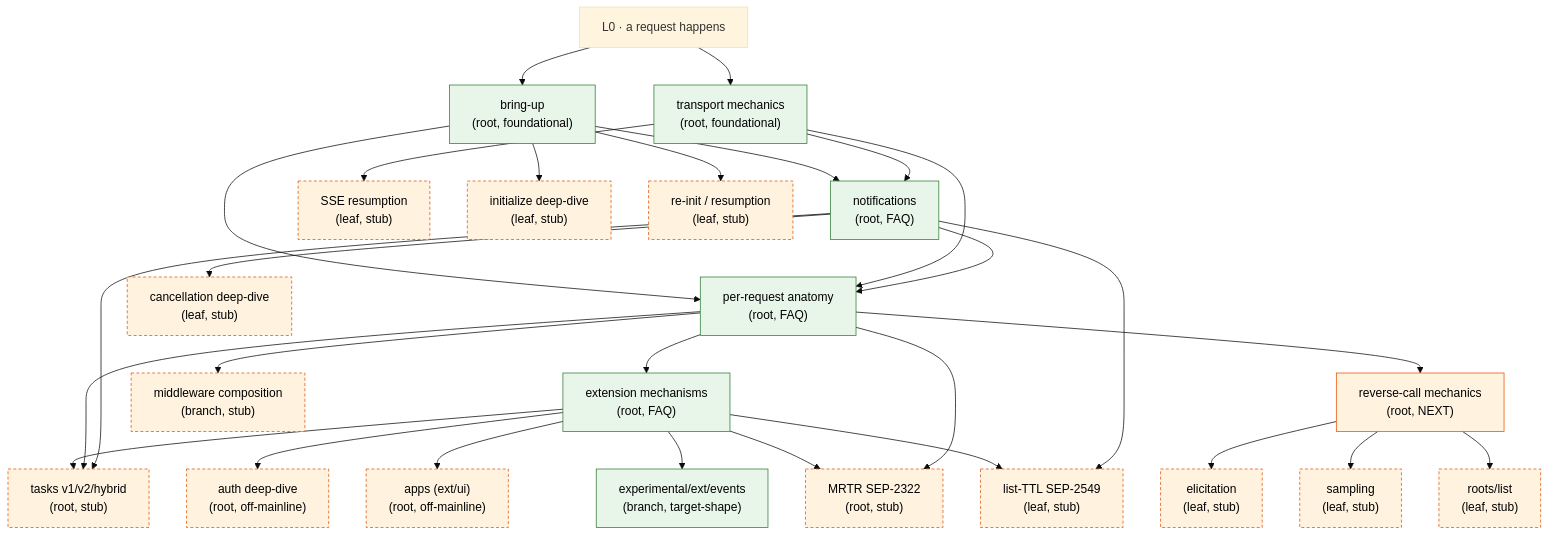
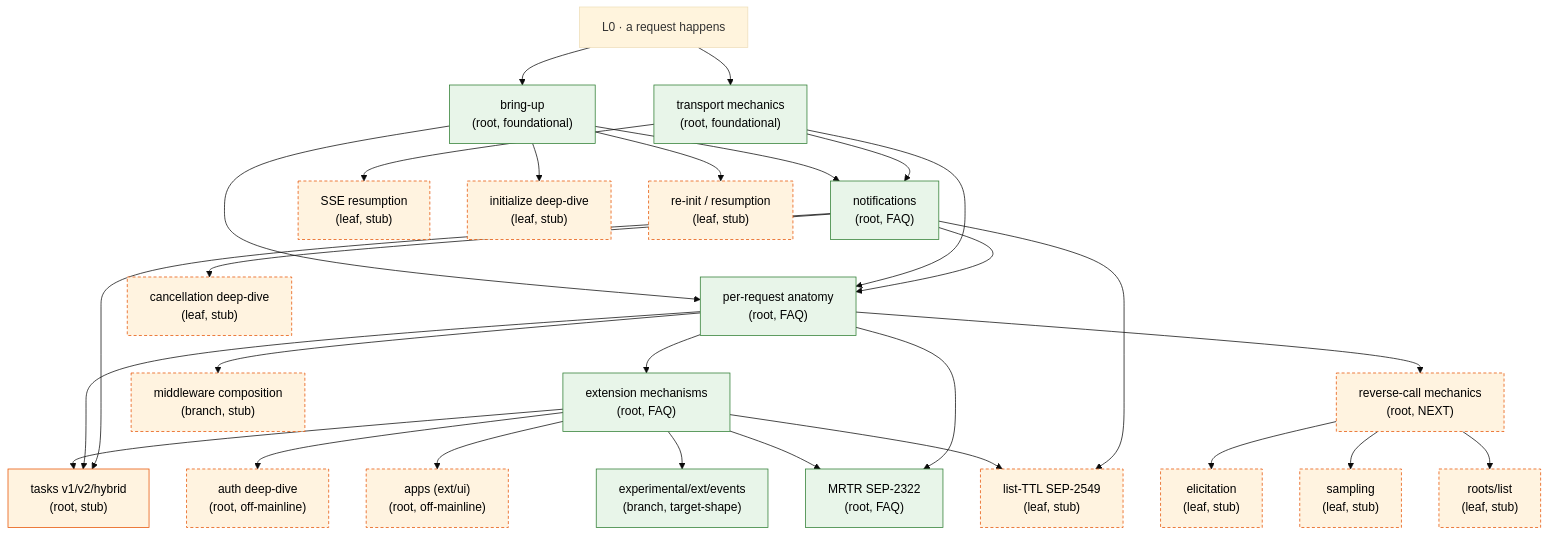
One commit to panyam/mcpkit changed the diagram in tutorials/walkthrough/INDEX.md. Above: the diagram before and after it, drawn with Mermaid (base theme). The commit also changed other lines of this file and 6 other files, not shown here.

First line of the commit message:
docs(tutorial): write mrtr.md (SEP-2322 Multi Round-Trip Requests) end-to-end

````diff
--- a/tutorials/walkthrough/INDEX.md
+++ b/tutorials/walkthrough/INDEX.md
@@ -63,73 +63,74 @@
 ```mermaid
 graph TD
     L0[L0 · a request happens]
 
     bringup["bring-up<br/>(root, foundational)"]
     wire["transport mechanics<br/>(root, foundational)"]
     notif["notifications<br/>(root, FAQ)"]
     anat["per-request anatomy<br/>(root, FAQ)"]
     ext["extension mechanisms<br/>(root, FAQ)"]
 
     rev["reverse-call mechanics<br/>(root, NEXT)"]
     tasks["tasks v1/v2/hybrid<br/>(root, stub)"]
     auth["auth deep-dive<br/>(root, off-mainline)"]
     apps["apps (ext/ui)<br/>(root, off-mainline)"]
 
     resume["SSE resumption<br/>(leaf, stub)"]
     mw["middleware composition<br/>(branch, stub)"]
-    mrtr["MRTR SEP-2322<br/>(root, stub)"]
+    mrtr["MRTR SEP-2322<br/>(root, FAQ)"]
     init["initialize deep-dive<br/>(leaf, stub)"]
     reinit["re-init / resumption<br/>(leaf, stub)"]
     events["experimental/ext/events<br/>(branch, target-shape)"]
     elicit["elicitation<br/>(leaf, stub)"]
     sample["sampling<br/>(leaf, stub)"]
     rootsLeaf["roots/list<br/>(leaf, stub)"]
     canceldeep["cancellation deep-dive<br/>(leaf, stub)"]
     listttl["list-TTL SEP-2549<br/>(leaf, stub)"]
 
     L0 --> bringup
     L0 --> wire
 
     bringup --> notif
     wire --> notif
     bringup --> anat
     wire --> anat
     notif --> anat
     anat --> ext
 
     ext --> tasks
     ext --> auth
     ext --> apps
     ext --> events
     ext --> mrtr
     ext --> listttl
     anat --> rev
     anat --> mw
     anat --> mrtr
     anat --> tasks
     notif --> tasks
 
     wire --> resume
     bringup --> init
     bringup --> reinit
 
     rev --> elicit
     rev --> sample
     rev --> rootsLeaf
     notif --> canceldeep
     notif --> listttl
 
     classDef written fill:#e8f5e9,stroke:#2e7d32,color:#000;
     classDef next fill:#fff3e0,stroke:#e65100,color:#000;
     classDef stub fill:#fff3e0,stroke:#e65100,color:#000,stroke-dasharray:4 3;
-    class bringup,wire,notif,anat,ext,events written;
-    class rev next;
-    class tasks,auth,apps,resume,mw,mrtr,init,reinit,elicit,sample,rootsLeaf,canceldeep,listttl stub;
+    class bringup,wire,notif,anat,ext,events,mrtr written;
+    class tasks next;
+    class auth,apps,resume,mw,rev,init,reinit,elicit,sample,rootsLeaf,canceldeep,listttl stub;
 
     click bringup "./bringup.md"
     click wire "./transport-mechanics.md"
     click notif "./notifications.md"
     click anat "./request-anatomy.md"
     click ext "./extension-mechanisms.md"
     click events "./events.md"
+    click mrtr "./mrtr.md"
 ```
````
